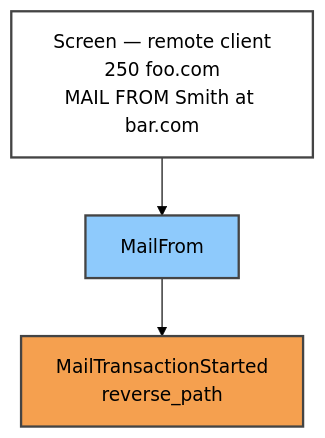
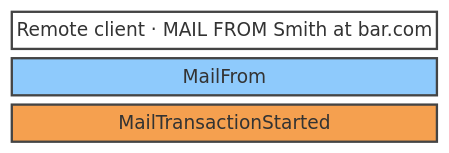
One commit to IvanTheGeek/FnEmail-Model changed the first of 9 diagrams in docs/diagrams/README.md. Above: the diagram before and after it, drawn with Mermaid (forest theme). The commit also changed other lines of this file, not shown here.

````diff
--- a/docs/diagrams/README.md
+++ b/docs/diagrams/README.md
@@ -18,15 +25,11 @@
 ```mermaid
-flowchart TD
-  S["Screen — remote client<br/>250 foo.com<br/>MAIL FROM Smith at bar.com"]
-  C["MailFrom"]
-  E["MailTransactionStarted<br/>reverse_path"]
-  S --> C
-  C --> E
+block-beta
+  columns 1
+  actor["Remote client · MAIL FROM Smith at bar.com"]
+  cmd["MailFrom"]
+  evt["MailTransactionStarted"]
 
-  classDef screen fill:#ffffff,stroke:#444,stroke-width:2px,color:#000
-  classDef command fill:#8ecafc,stroke:#444,stroke-width:2px,color:#000
-  classDef event fill:#f5a04f,stroke:#444,stroke-width:2px,color:#000
-  class S screen
-  class C command
-  class E event
+  style actor fill:#ffffff,stroke:#444,stroke-width:2px,color:#000
+  style cmd fill:#8ecafc,stroke:#444,stroke-width:2px,color:#000
+  style evt fill:#f5a04f,stroke:#444,stroke-width:2px,color:#000
 ```
````
